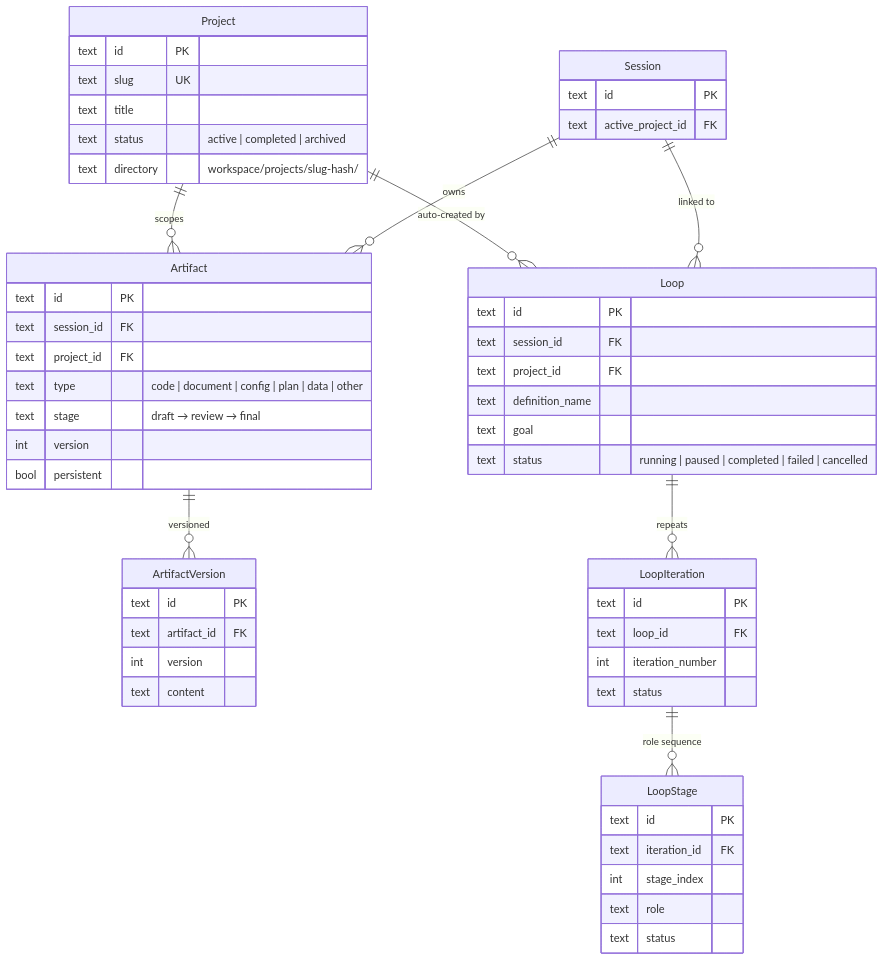
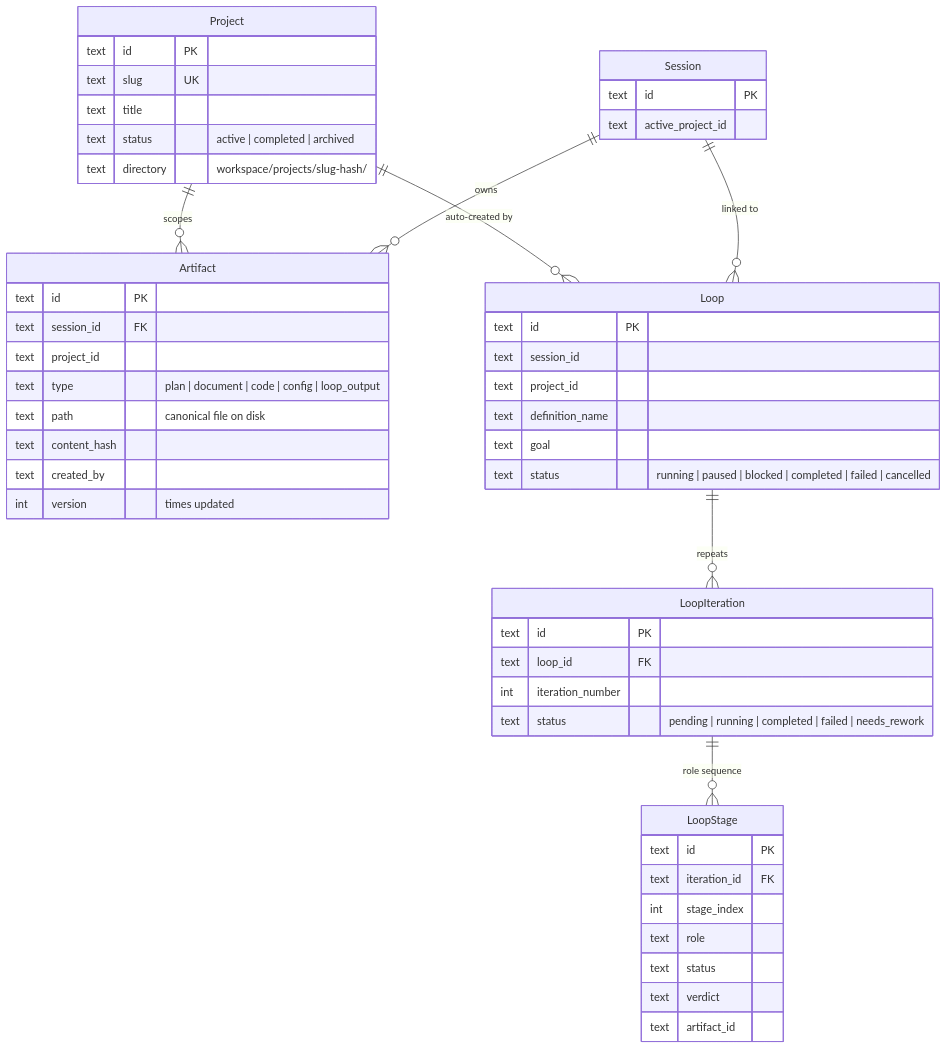
Before and after one commit to AgentCoqui/coqui: the diagram in docs/DATA_FLOW.md, drawn with Mermaid. The commit also changed other lines of this file and 1 other file, not shown here.

First line of the commit message:
docs: correct DATA_FLOW.md and PROJECTS.md against the source

````diff
--- a/docs/DATA_FLOW.md
+++ b/docs/DATA_FLOW.md
@@ -10,58 +10,54 @@
 ```mermaid
 erDiagram
     Project ||--o{ Artifact : "scopes"
     Project ||--o{ Loop : "auto-created by"
-    Artifact ||--o{ ArtifactVersion : "versioned"
     Loop ||--o{ LoopIteration : "repeats"
     LoopIteration ||--o{ LoopStage : "role sequence"
     Session ||--o{ Artifact : "owns"
     Session ||--o{ Loop : "linked to"
 
     Project {
         text id PK
         text slug UK
         text title
         text status "active | completed | archived"
         text directory "workspace/projects/slug-hash/"
     }
     Artifact {
         text id PK
         text session_id FK
-        text project_id FK
-        text type "code | document | config | plan | data | other"
-        text stage "draft → review → final"
-        int version
-        bool persistent
-    }
-    ArtifactVersion {
-        text id PK
-        text artifact_id FK
-        int version
-        text content
+        text project_id
+        text type "plan | document | code | config | loop_output"
+        text path "canonical file on disk"
+        text content_hash
+        text created_by
+        int version "times updated"
     }
     Loop {
         text id PK
-        text session_id FK
-        text project_id FK
+        text session_id
+        text project_id
         text definition_name
         text goal
-        text status "running | paused | completed | failed | cancelled"
+        text status "running | paused | blocked | completed | failed | cancelled"
     }
     LoopIteration {
         text id PK
         text loop_id FK
         int iteration_number
-        text status
+        text status "pending | running | completed | failed | needs_rework"
     }
     LoopStage {
         text id PK
         text iteration_id FK
         int stage_index
         text role
         text status
+        text verdict
+        text artifact_id
     }
     Session {
         text id PK
-        text active_project_id FK
+        text active_project_id
     }
 ```
````
